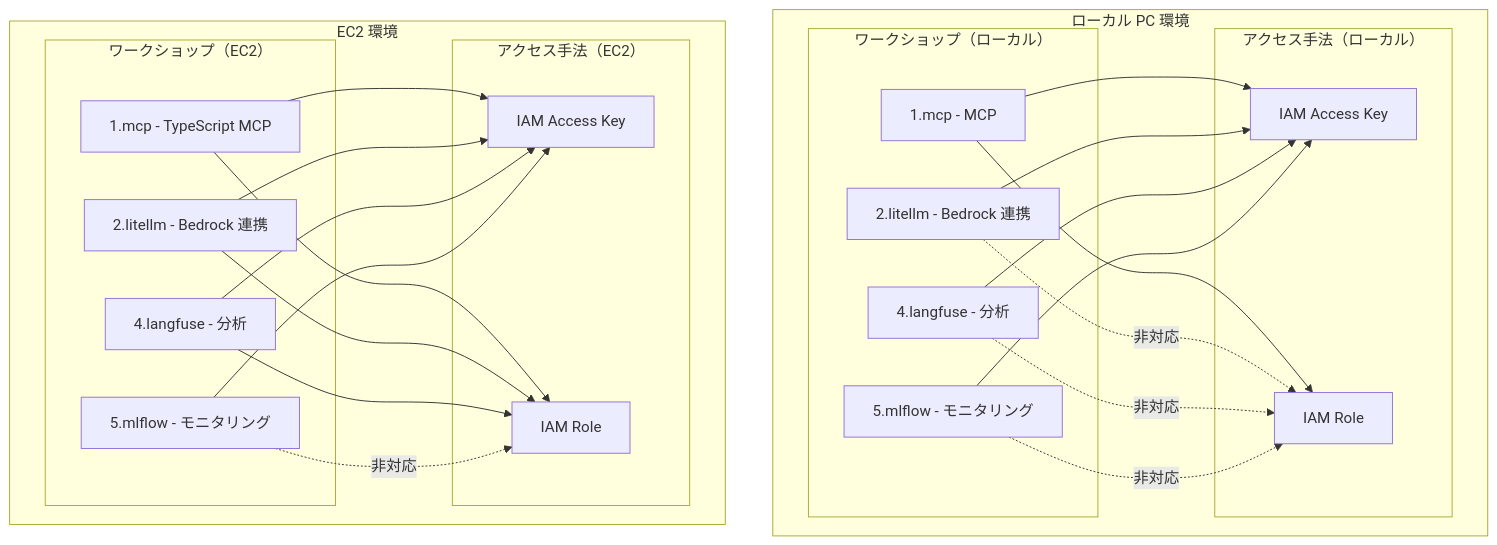
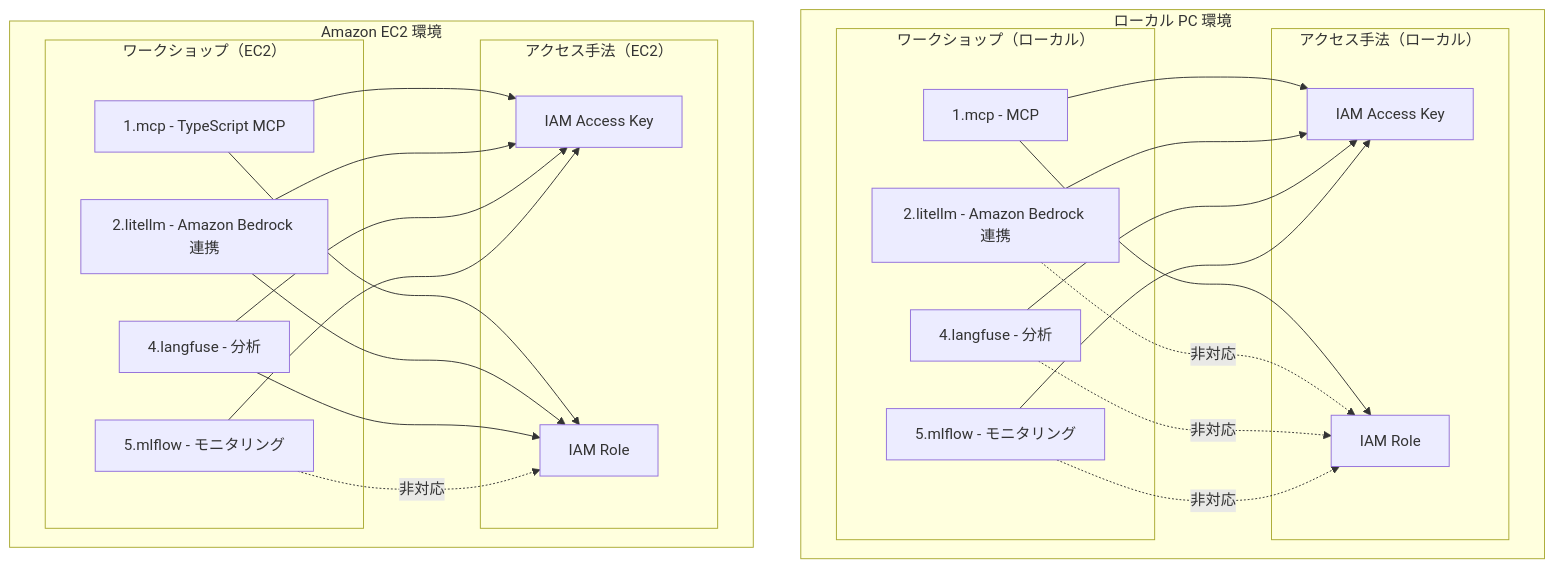
One commit to littlemex/aws-samples changed the diagram in workshops/ai-coding-workshop/cline/0.setup/requirements.md. Above: the diagram before and after it, drawn with Mermaid. The commit also changed other lines of this file and 3 other files, not shown here.

````diff
--- a/workshops/ai-coding-workshop/cline/0.setup/requirements.md
+++ b/workshops/ai-coding-workshop/cline/0.setup/requirements.md
@@ -7,50 +7,50 @@
 ```mermaid
 graph TB
     subgraph "ローカル PC 環境"
         subgraph "ワークショップ（ローカル）"
             WL1[1.mcp - MCP]
-            WL2[2.litellm - Bedrock 連携]
+            WL2[2.litellm - Amazon Bedrock 連携]
             WL4[4.langfuse - 分析]
             WL5[5.mlflow - モニタリング]
         end
         
         subgraph "アクセス手法（ローカル）"
             AL1[IAM Access Key]
             AL2[IAM Role]
         end
         
         WL1 --> AL1
         WL2 --> AL1
         WL4 --> AL1
         WL5 --> AL1
         
         WL1 --> AL2
         WL2 -.->|非対応| AL2
         WL4 -.->|非対応| AL2
         WL5 -.->|非対応| AL2
     end
     
-    subgraph "EC2 環境"
+    subgraph "Amazon EC2 環境"
         subgraph "ワークショップ（EC2）"
             WE1[1.mcp - TypeScript MCP]
-            WE2[2.litellm - Bedrock 連携]
+            WE2[2.litellm - Amazon Bedrock 連携]
             WE4[4.langfuse - 分析]
             WE5[5.mlflow - モニタリング]
         end
         
         subgraph "アクセス手法（EC2）"
             AE1[IAM Access Key]
             AE2[IAM Role]
         end
         
         WE1 --> AE1
         WE2 --> AE1
         WE4 --> AE1
         WE5 --> AE1
         
         WE1 --> AE2
         WE2 --> AE2
         WE4 --> AE2
         WE5 -.->|非対応| AE2
     end
 ```
````
